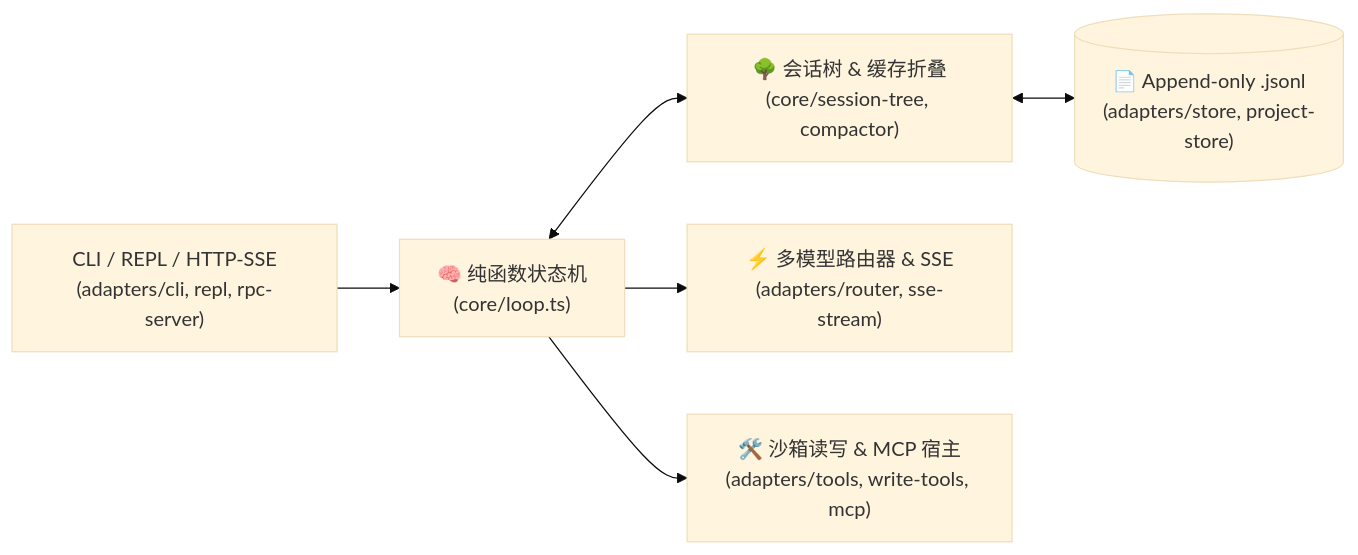
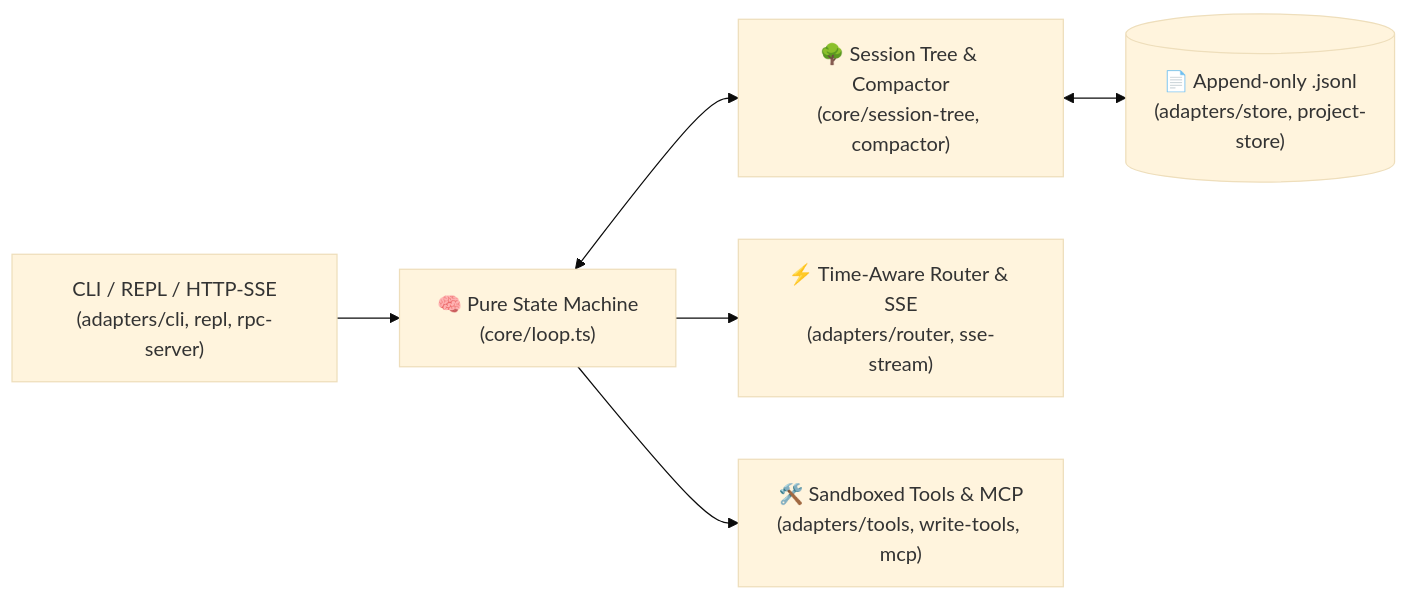
The diagram in README.md (gow1080p/duo-harness), drawn with Mermaid (base theme) before and after one commit. The commit also changed other lines of this file and 1 other file, not shown here.

Commit message:
docs(i18n): 升级 README / README.zh-CN / ARCH / ROADMAP 为中英双语开源文档

````diff
--- a/README.md
+++ b/README.md
@@ -37,8 +60,8 @@
 ```mermaid
 flowchart LR
-  CLI["CLI / REPL / HTTP-SSE\n(adapters/cli, repl, rpc-server)"] --> Loop["🧠 纯函数状态机\n(core/loop.ts)"]
-  Loop <--> Tree["🌳 会话树 & 缓存折叠\n(core/session-tree, compactor)"]
-  Loop --> Router["⚡ 多模型路由器 & SSE\n(adapters/router, sse-stream)"]
-  Loop --> Sandbox["🛠️ 沙箱读写 & MCP 宿主\n(adapters/tools, write-tools, mcp)"]
+  CLI["CLI / REPL / HTTP-SSE\n(adapters/cli, repl, rpc-server)"] --> Loop["🧠 Pure State Machine\n(core/loop.ts)"]
+  Loop <--> Tree["🌳 Session Tree & Compactor\n(core/session-tree, compactor)"]
+  Loop --> Router["⚡ Time-Aware Router & SSE\n(adapters/router, sse-stream)"]
+  Loop --> Sandbox["🛠️ Sandboxed Tools & MCP\n(adapters/tools, write-tools, mcp)"]
   Tree <--> Store[("📄 Append-only .jsonl\n(adapters/store, project-store)")]
 ```
````
